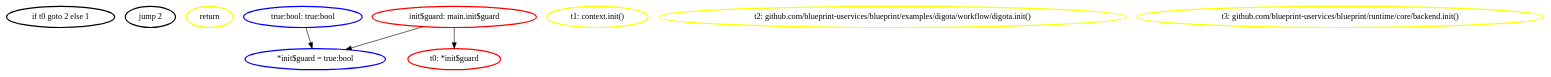
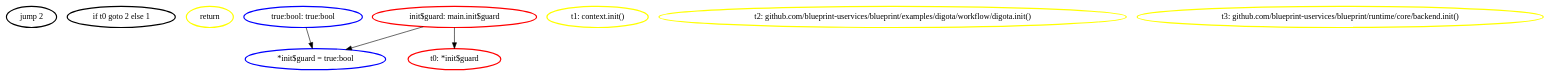
The diagram in ssa_analysis/analyzer/output/digota/ssagraphs/main.init.dot (aletheia-microservices/aletheia), drawn with Graphviz before and after one commit. The commit also changed 378 other files, not shown here.

```diff
--- a/ssa_analysis/analyzer/output/digota/ssagraphs/main.init.dot
+++ b/ssa_analysis/analyzer/output/digota/ssagraphs/main.init.dot
@@ -1,20 +1,20 @@
 digraph G {
 	rankdir=TD;
-	N_instr__1440009912 [label="if t0 goto 2 else 1", style=bold, shape=ellipse, color="black"];
-	N_instr__1440009912 [label="if t0 goto 2 else 1", style=bold, shape=ellipse, color="black"];
-	N_instr__422472857 [label="jump 2", style=bold, shape=ellipse, color="black"];
-	N_instr__422472857 [label="jump 2", style=bold, shape=ellipse, color="black"];
-	N_instr_ret_1969782966 [label="return", style=bold, shape=ellipse, color="yellow"];
-	N_instr_ret_1969782966 [label="return", style=bold, shape=ellipse, color="yellow"];
-	N_instr_store_681316525 [label="*init$guard = true:bool", style=bold, shape=ellipse, color="blue"];
-	N_instr_store_681316525 [label="*init$guard = true:bool", style=bold, shape=ellipse, color="blue"];
+	N_instr__1248964998 [label="jump 2", style=bold, shape=ellipse, color="black"];
+	N_instr__1248964998 [label="jump 2", style=bold, shape=ellipse, color="black"];
+	N_instr__1633344190 [label="if t0 goto 2 else 1", style=bold, shape=ellipse, color="black"];
+	N_instr__1633344190 [label="if t0 goto 2 else 1", style=bold, shape=ellipse, color="black"];
+	N_instr_ret_1012915739 [label="return", style=bold, shape=ellipse, color="yellow"];
+	N_instr_ret_1012915739 [label="return", style=bold, shape=ellipse, color="yellow"];
+	N_instr_store_1674588769 [label="*init$guard = true:bool", style=bold, shape=ellipse, color="blue"];
+	N_instr_store_1674588769 [label="*init$guard = true:bool", style=bold, shape=ellipse, color="blue"];
 	N_val_callt1 [label="t1: context.init()", style=bold, shape=ellipse, color="yellow"];
 	N_val_callt2 [label="t2: github.com/blueprint-uservices/blueprint/examples/digota/workflow/digota.init()", style=bold, shape=ellipse, color="yellow"];
 	N_val_callt3 [label="t3: github.com/blueprint-uservices/blueprint/runtime/core/backend.init()", style=bold, shape=ellipse, color="yellow"];
 	N_val_globinit_guard [label="init$guard: main.init$guard", style=bold, shape=ellipse, color="red"];
 	N_val_true_bool [label="true:bool: true:bool", style=bold, shape=ellipse, color="blue"];
 	N_val_unaryt0 [label="t0: *init$guard", style=bold, shape=ellipse, color="red"];
 	N_val_globinit_guard -> N_val_unaryt0;
-	N_val_globinit_guard -> N_instr_store_681316525;
-	N_val_true_bool -> N_instr_store_681316525;
+	N_val_globinit_guard -> N_instr_store_1674588769;
+	N_val_true_bool -> N_instr_store_1674588769;
 }
```
